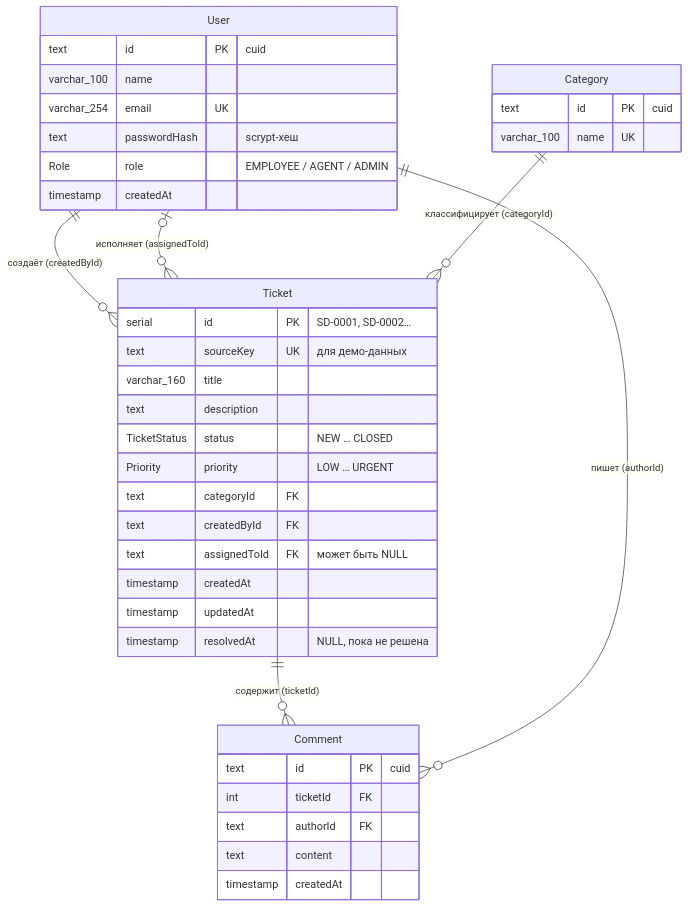
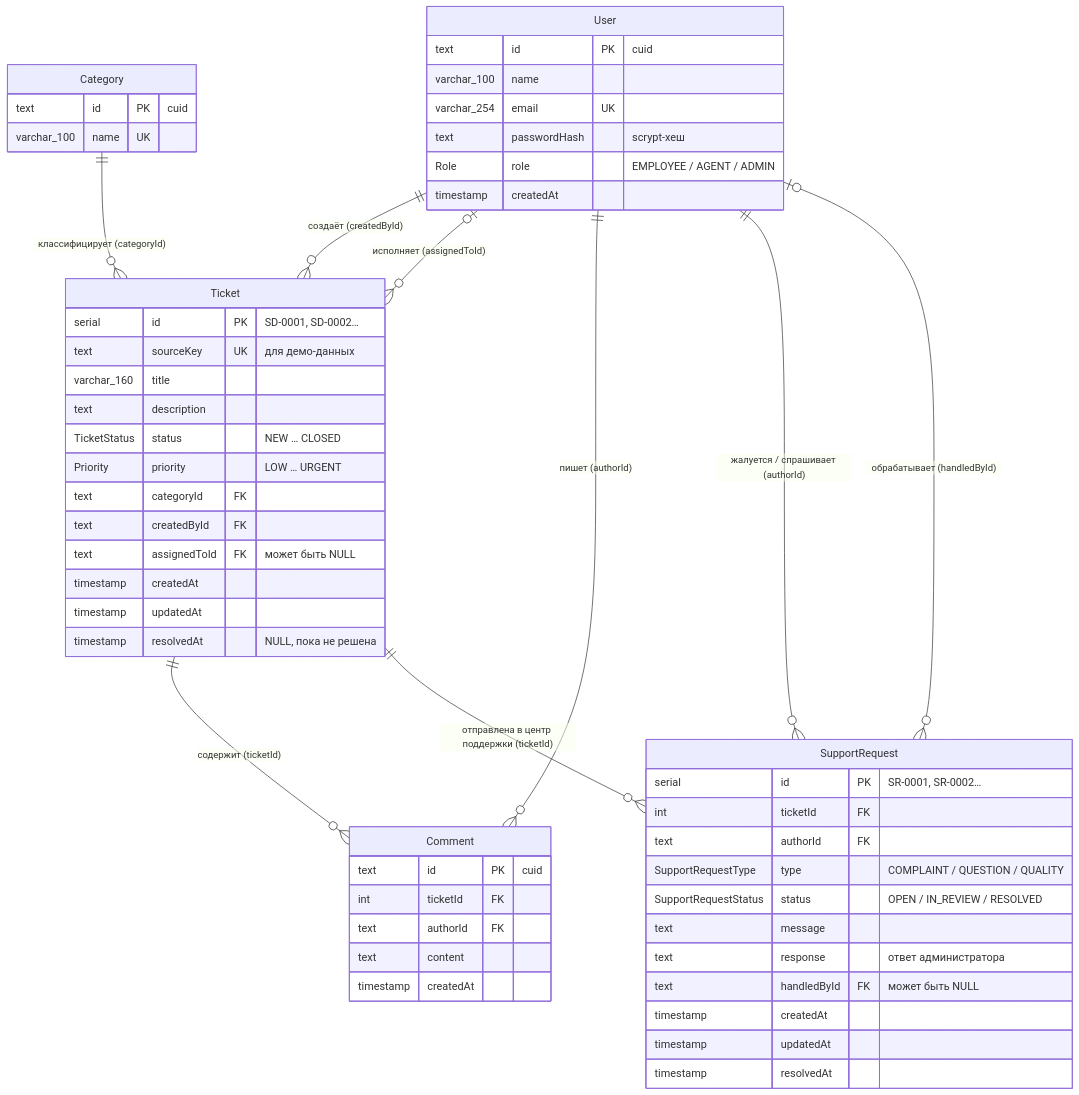
Before and after one commit to nurgazydauren0-hue/ServiceDesk: the diagram in docs/DATABASE.md, drawn with Mermaid. The commit also changed other lines of this file and 18 other files, not shown here.

First line of the commit message:
feat(support): таблица SupportRequest — жалобы и вопросы по заявке в центр поддержки

````diff
--- a/docs/DATABASE.md
+++ b/docs/DATABASE.md
@@ -26,42 +26,58 @@
 ```mermaid
 erDiagram
     User ||--o{ Ticket : "создаёт (createdById)"
     User |o--o{ Ticket : "исполняет (assignedToId)"
     Category ||--o{ Ticket : "классифицирует (categoryId)"
     Ticket ||--o{ Comment : "содержит (ticketId)"
     User ||--o{ Comment : "пишет (authorId)"
+    Ticket ||--o{ SupportRequest : "отправлена в центр поддержки (ticketId)"
+    User ||--o{ SupportRequest : "жалуется / спрашивает (authorId)"
+    User |o--o{ SupportRequest : "обрабатывает (handledById)"
 
     User {
         text id PK "cuid"
         varchar_100 name
         varchar_254 email UK
         text passwordHash "scrypt-хеш"
         Role role "EMPLOYEE / AGENT / ADMIN"
         timestamp createdAt
     }
     Category {
         text id PK "cuid"
         varchar_100 name UK
     }
     Ticket {
         serial id PK "SD-0001, SD-0002…"
         text sourceKey UK "для демо-данных"
         varchar_160 title
         text description
         TicketStatus status "NEW … CLOSED"
         Priority priority "LOW … URGENT"
         text categoryId FK
         text createdById FK
         text assignedToId FK "может быть NULL"
         timestamp createdAt
         timestamp updatedAt
         timestamp resolvedAt "NULL, пока не решена"
     }
     Comment {
         text id PK "cuid"
         int ticketId FK
         text authorId FK
         text content
         timestamp createdAt
     }
+    SupportRequest {
+        serial id PK "SR-0001, SR-0002…"
+        int ticketId FK
+        text authorId FK
+        SupportRequestType type "COMPLAINT / QUESTION / QUALITY"
+        SupportRequestStatus status "OPEN / IN_REVIEW / RESOLVED"
+        text message
+        text response "ответ администратора"
+        text handledById FK "может быть NULL"
+        timestamp createdAt
+        timestamp updatedAt
+        timestamp resolvedAt
+    }
 ```
````
